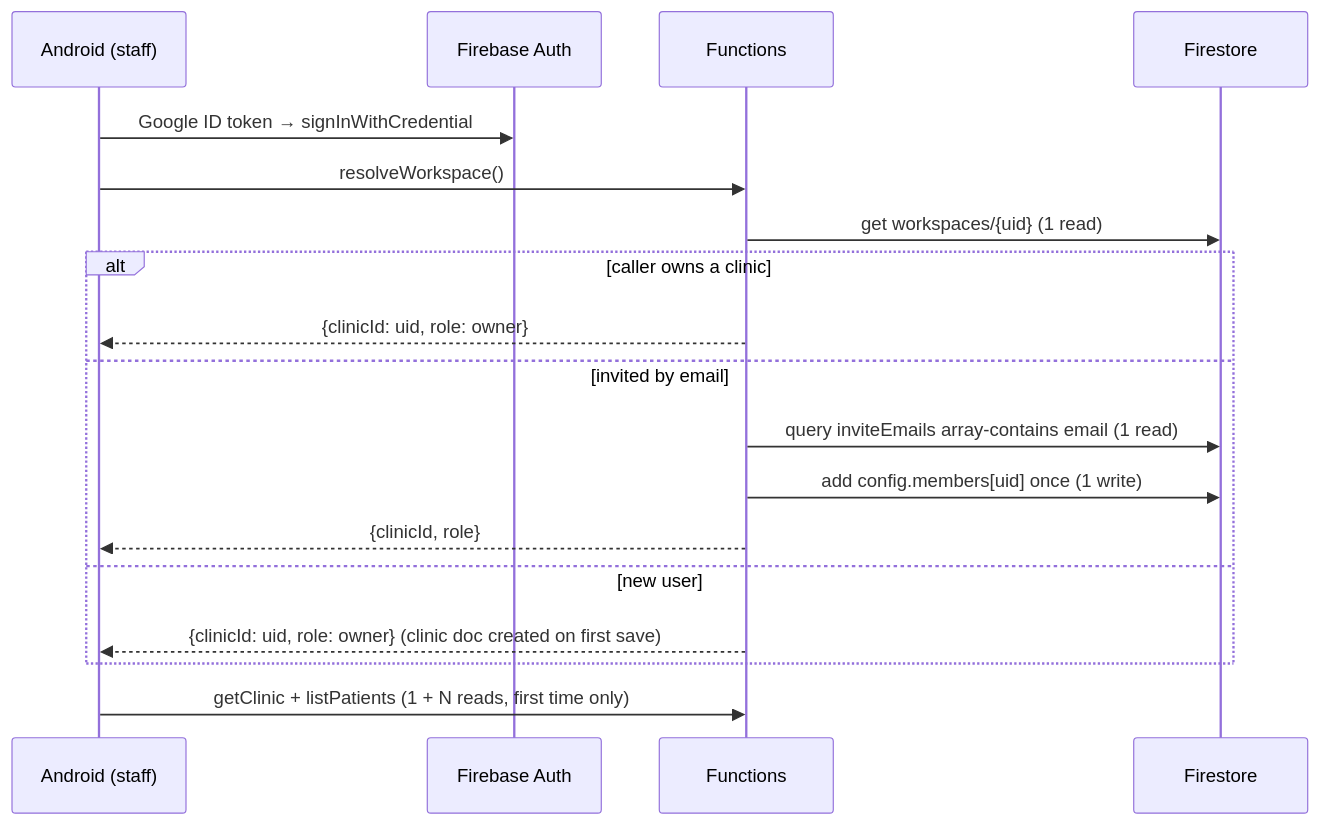
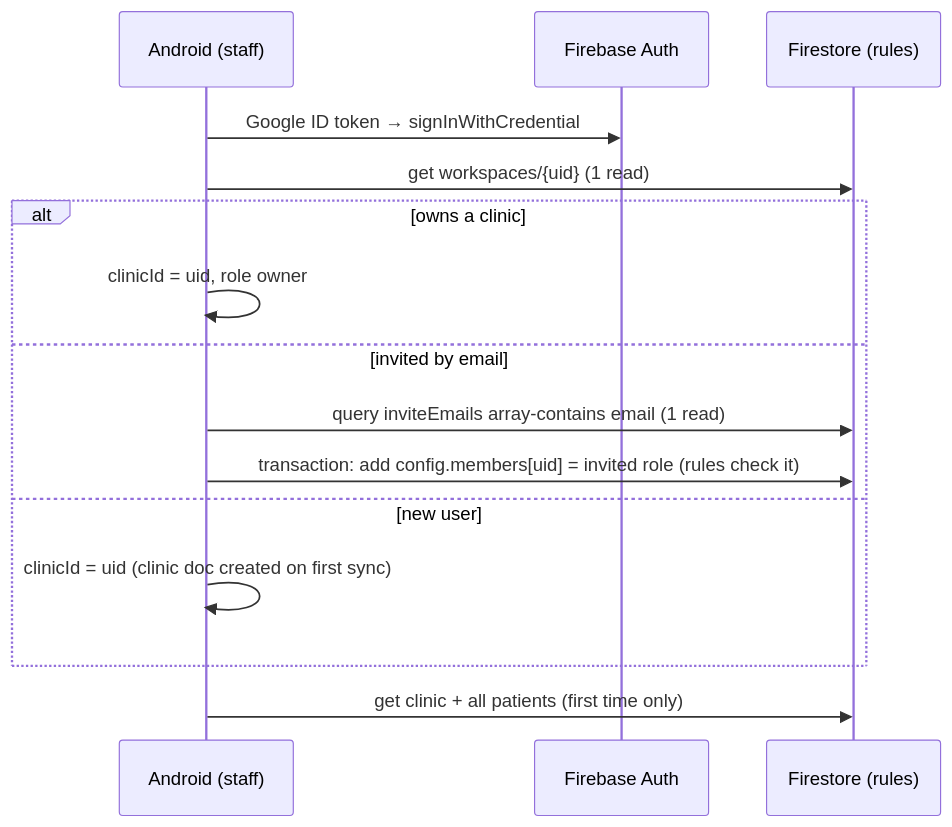
One commit to arifincsebuet/Dental changed the third of 6 diagrams in Docs/firebase_architecture.md. Above: the diagram before and after it, drawn with Mermaid. The commit also changed other lines of this file and 30 other files, not shown here.

First line of the commit message:
Remove Cloud Functions: direct Firestore access secured by rules, App Check

````diff
--- a/Docs/firebase_architecture.md
+++ b/Docs/firebase_architecture.md
@@ -94,20 +96,17 @@
 ```mermaid
 sequenceDiagram
   participant A as Android (staff)
   participant Auth as Firebase Auth
-  participant F as Functions
-  participant DB as Firestore
+  participant DB as Firestore (rules)
   A->>Auth: Google ID token → signInWithCredential
-  A->>F: resolveWorkspace()
-  F->>DB: get workspaces/{uid}  (1 read)
-  alt caller owns a clinic
-    F-->>A: {clinicId: uid, role: owner}
+  A->>DB: get workspaces/{uid}  (1 read)
+  alt owns a clinic
+    A->>A: clinicId = uid, role owner
   else invited by email
-    F->>DB: query inviteEmails array-contains email (1 read)
-    F->>DB: add config.members[uid] once (1 write)
-    F-->>A: {clinicId, role}
+    A->>DB: query inviteEmails array-contains email (1 read)
+    A->>DB: transaction: add config.members[uid] = invited role (rules check it)
   else new user
-    F-->>A: {clinicId: uid, role: owner} (clinic doc created on first save)
+    A->>A: clinicId = uid (clinic doc created on first sync)
   end
-  A->>F: getClinic + listPatients (1 + N reads, first time only)
+  A->>DB: get clinic + all patients (first time only)
 ```
````
